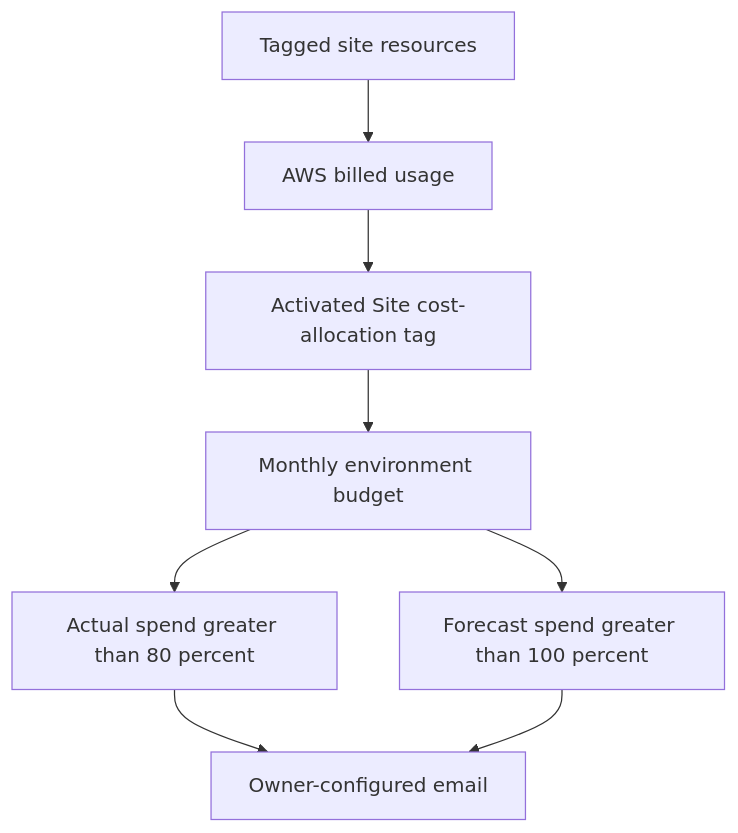
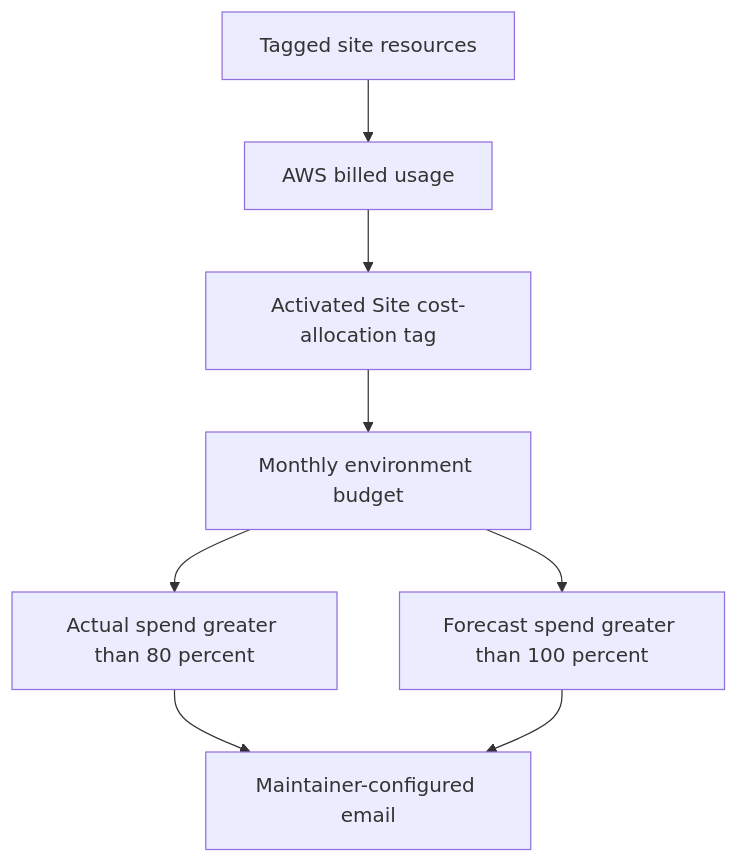
One commit to Yale-Undergraduate-Consulting-Group/club-res-website changed diagram 16 of 16 in docs/CI_CD.md. Above: the diagram before and after it, drawn with Mermaid. The commit also changed other lines of this file and 12 other files, not shown here.

Commit message:
Use maintainer role instead of a named owner for review

````diff
--- a/docs/CI_CD.md
+++ b/docs/CI_CD.md
@@ -492,10 +497,10 @@
 ```mermaid
 flowchart TD
   SITE["Tagged site resources"] --> BILL["AWS billed usage"]
   BILL --> FILTER["Activated Site cost-allocation tag"]
   FILTER --> BUDGET["Monthly environment budget"]
   BUDGET --> ACT["Actual spend greater than 80 percent"]
   BUDGET --> FORE["Forecast spend greater than 100 percent"]
-  ACT --> EMAIL["Owner-configured email"]
+  ACT --> EMAIL["Maintainer-configured email"]
   FORE --> EMAIL
 ```
````
